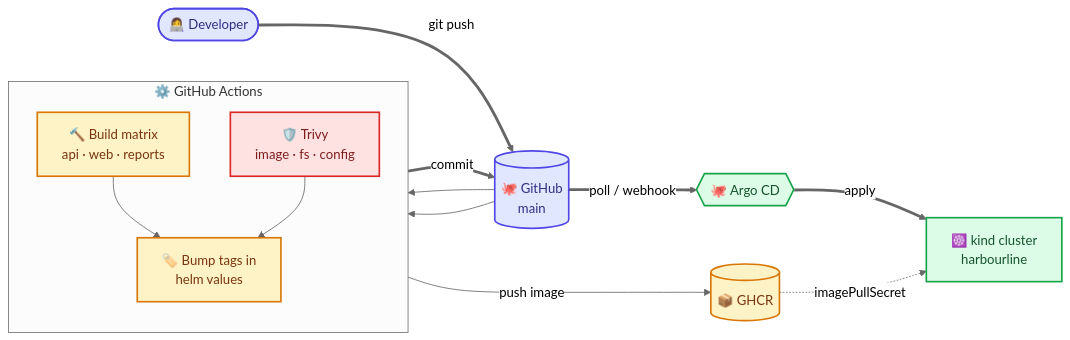
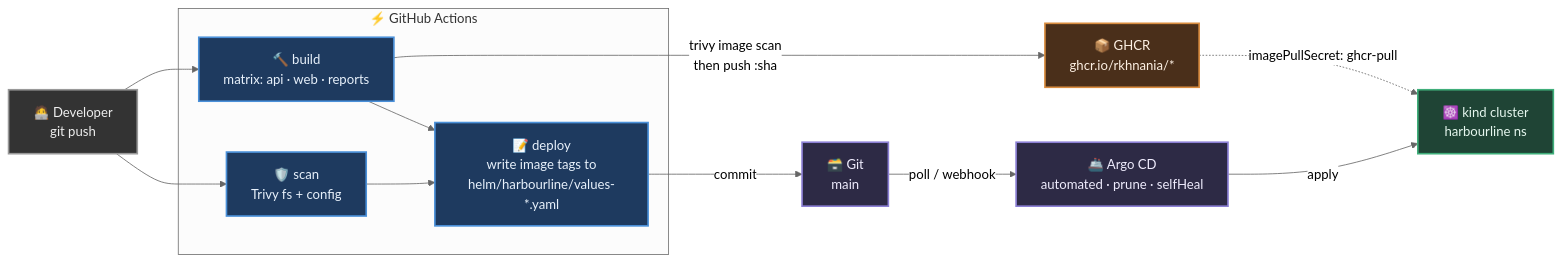
Before and after one commit to rkhnania/harbourline-k8s-lab: the third of 3 diagrams in docs/architecture.md, drawn with Mermaid (neutral theme). The commit also changed other lines of this file, not shown here.

Commit message:
Update architecture docs: network policy model, security boundaries, UI redesign

````diff
--- a/docs/architecture.md
+++ b/docs/architecture.md
@@ -48,28 +149,37 @@
 ```mermaid
 flowchart LR
-  dev(["👩‍💻 Developer"]) ==>|git push| gh
-  subgraph ci["⚙️ GitHub Actions"]
-    direction TB
-    build["🔨 Build matrix<br/>api · web · reports"]
-    scan["🛡️ Trivy<br/>image · fs · config"]
-    bump["🏷️ Bump tags in<br/>helm values"]
-    build --> bump
-    scan --> bump
-  end
-  gh[("🐙 GitHub<br/>main")] --> build
-  gh --> scan
-  build -->|push image| ghcr[("📦 GHCR")]
-  bump ==>|commit| gh
-  gh ==>|poll / webhook| argo{{"🐙 Argo CD"}}
-  argo ==>|apply| k8s["☸️ kind cluster<br/>harbourline"]
-  ghcr -.->|imagePullSecret| k8s
+    dev["🧑‍💻 Developer<br/>git push"]
 
-  classDef src fill:#e0e7ff,stroke:#4f46e5,stroke-width:2px,color:#312e81
-  classDef sec fill:#fee2e2,stroke:#dc2626,stroke-width:2px,color:#7f1d1d
-  classDef art fill:#fef3c7,stroke:#d97706,stroke-width:2px,color:#78350f
-  classDef run fill:#dcfce7,stroke:#16a34a,stroke-width:2px,color:#14532d
-  class dev,gh src
-  class scan sec
-  class ghcr,bump,build art
-  class argo,k8s run
+    subgraph gha["⚡ GitHub Actions"]
+        build["🔨 build<br/>matrix: api · web · reports"]
+        scan["🛡️ scan<br/>Trivy fs + config"]
+        deploy["📝 deploy<br/>write image tags to<br/>helm/harbourline/values-*.yaml"]
+    end
+
+    ghcr["📦 GHCR<br/>ghcr.io/rkhnania/*"]
+    git["🗃️ Git<br/>main"]
+    argo["🚢 Argo CD<br/>automated · prune · selfHeal"]
+    cluster["☸️ kind cluster<br/>harbourline ns"]
+
+    dev --> build
+    dev --> scan
+    build -->|"trivy image scan<br/>then push :sha"| ghcr
+    build --> deploy
+    scan --> deploy
+    deploy -->|"commit"| git
+    git -->|"poll / webhook"| argo
+    argo -->|"apply"| cluster
+    ghcr -.->|"imagePullSecret: ghcr-pull"| cluster
+
+    classDef person fill:#333,stroke:#999,stroke-width:2px,color:#eee
+    classDef ci fill:#1e3a5f,stroke:#4a90d9,stroke-width:2px,color:#e8f1fb
+    classDef reg fill:#4a2f1a,stroke:#d98c3f,stroke-width:2px,color:#fdf0e3
+    classDef gitops fill:#2d2a45,stroke:#8b7fd4,stroke-width:2px,color:#efecfd
+    classDef run fill:#1f4435,stroke:#3fae7a,stroke-width:2px,color:#e6f7ef
+
+    class dev person
+    class build,scan,deploy ci
+    class ghcr reg
+    class git,argo gitops
+    class cluster run
 ```
````
